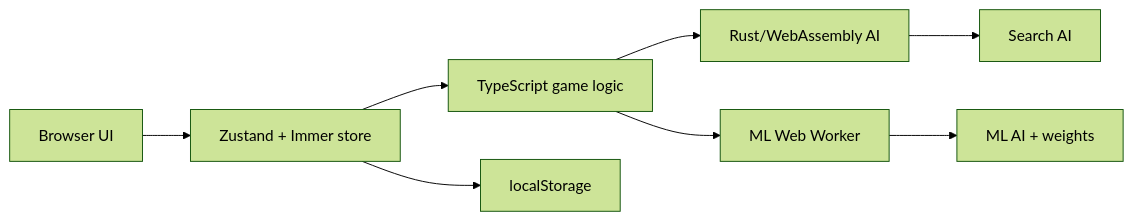
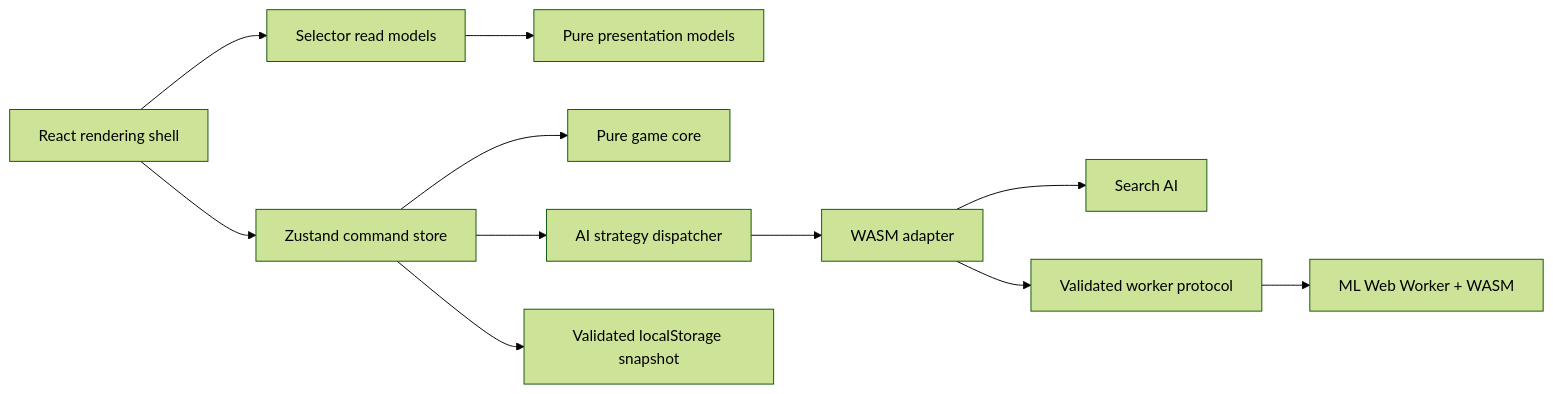
Before and after one commit to tre-systems/rowspire: the diagram in docs/ARCHITECTURE.md, drawn with Mermaid (forest theme). The commit also changed other lines of this file and 24 other files, not shown here.

Commit message:
Document and enforce architecture patterns

````diff
--- a/docs/ARCHITECTURE.md
+++ b/docs/ARCHITECTURE.md
@@ -7,10 +7,13 @@
 ```mermaid
 flowchart LR
-  Browser["Browser UI"] --> Store["Zustand + Immer store"]
-  Store --> Logic["TypeScript game logic"]
-  Logic --> Wasm["Rust/WebAssembly AI"]
+  UI["React rendering shell"] --> Read["Selector read models"]
+  UI --> Commands["Zustand command store"]
+  Read --> Presentation["Pure presentation models"]
+  Commands --> Core["Pure game core"]
+  Commands --> AI["AI strategy dispatcher"]
+  Commands --> Storage["Validated localStorage snapshot"]
+  AI --> Wasm["WASM adapter"]
   Wasm --> Search["Search AI"]
-  Logic --> Worker["ML Web Worker"]
-  Worker --> ML["ML AI + weights"]
-  Store --> Storage["localStorage"]
+  Wasm --> Protocol["Validated worker protocol"]
+  Protocol --> Worker["ML Web Worker + WASM"]
 ```
````
